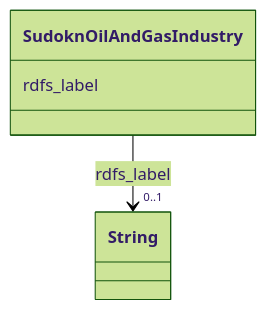
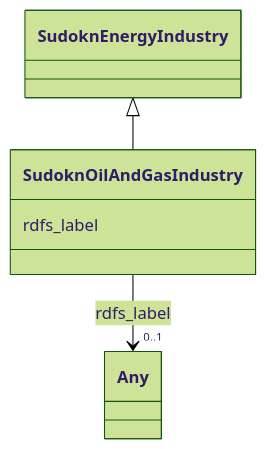
Before and after one commit to frink-okn/graph-descriptions: the diagram in sudokn-kg/classes/SudoknOilAndGasIndustry.md, drawn with Mermaid (forest theme). The commit also changed other lines of this file and 903 other files, not shown here.

````diff
--- a/sudokn-kg/classes/SudoknOilAndGasIndustry.md
+++ b/sudokn-kg/classes/SudoknOilAndGasIndustry.md
@@ -23,15 +18,18 @@
 ```mermaid
  classDiagram
     class SudoknOilAndGasIndustry
     click SudoknOilAndGasIndustry href "../SudoknOilAndGasIndustry"
+      SudoknEnergyIndustry <|-- SudoknOilAndGasIndustry
+        click SudoknEnergyIndustry href "../SudoknEnergyIndustry"
+      
       SudoknOilAndGasIndustry : rdfs_label
         
           
     
     
-    SudoknOilAndGasIndustry --> "0..1" String : rdfs_label
-    click String href "../String"
+    SudoknOilAndGasIndustry --> "0..1" Any : rdfs_label
+    click Any href "../Any"
 
         
       
 ```
````
